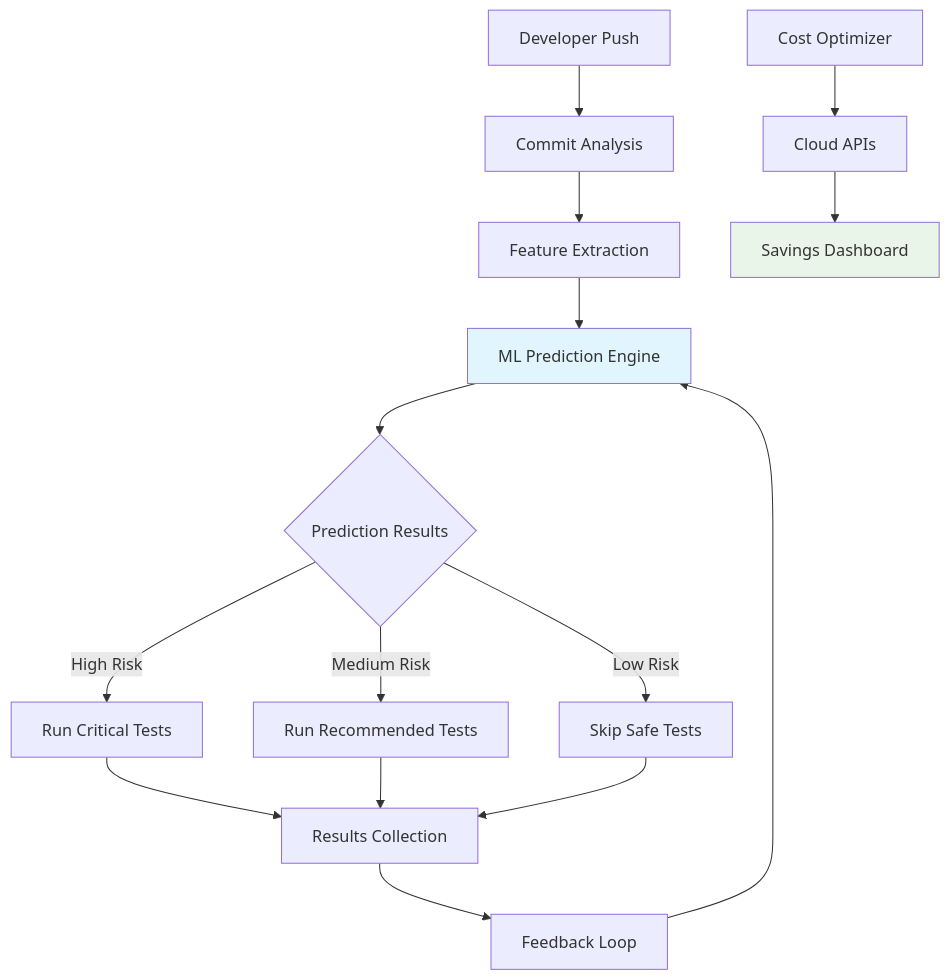
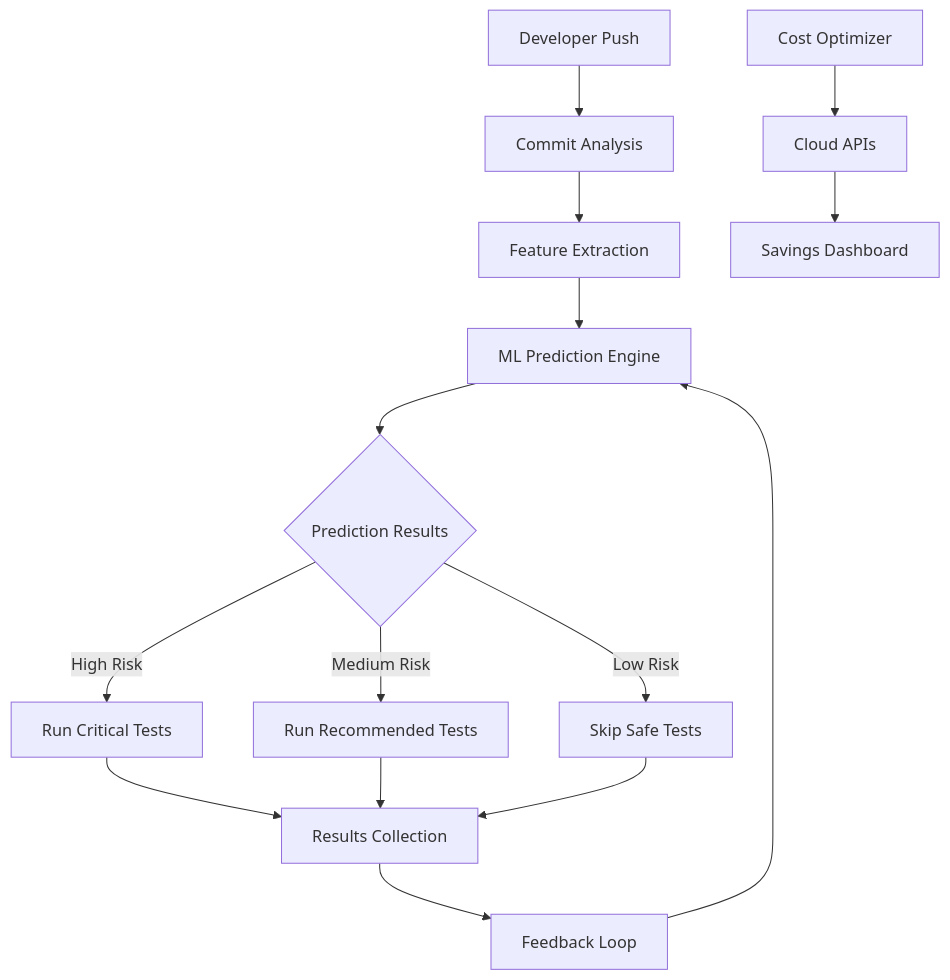
One commit to Amir032-cyber/AI-Optimized-Massive-Scale-CI-CD changed the diagram in README.md. Above: the diagram before and after it, drawn with Mermaid. The commit also changed other lines of this file, not shown here.

````diff
--- a/README.md
+++ b/README.md
@@ -44,21 +33,17 @@
 ```mermaid
 graph TB
     A[Developer Push] --> B[Commit Analysis]
     B --> C[Feature Extraction]
     C --> D[ML Prediction Engine]
     D --> E{Prediction Results}
     E -->|High Risk| F[Run Critical Tests]
     E -->|Medium Risk| G[Run Recommended Tests]
     E -->|Low Risk| H[Skip Safe Tests]
     F --> I[Results Collection]
     G --> I
     H --> I
     I --> J[Feedback Loop]
     J --> D
-    
     K[Cost Optimizer] --> L[Cloud APIs]
     L --> M[Savings Dashboard]
-    
-    style D fill:#e1f5fe
-    style M fill:#e8f5e8
 ```
````
